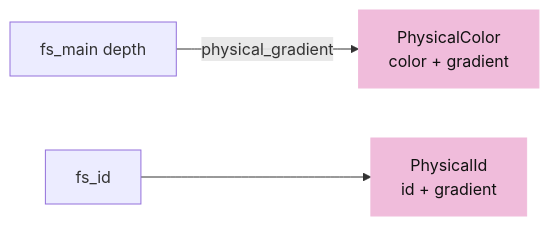
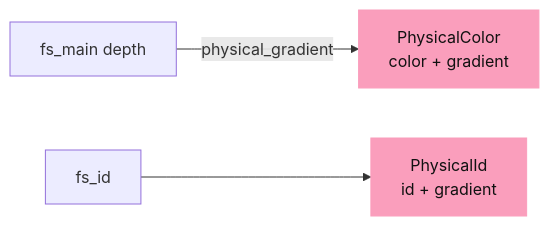
Before and after one commit to petrasvestartas/session: the second of 15 diagrams in session_viewer/docs/05-visibility.md, drawn with Mermaid. The commit also changed other lines of this file and 328 other files, not shown here.

First line of the commit message:
Course: the palette you sent, and mermaid drawn like the drawings

````diff
--- a/session_viewer/docs/05-visibility.md
+++ b/session_viewer/docs/05-visibility.md
@@ -42,7 +42,7 @@
 ```mermaid
 flowchart LR
     A["fs_main depth"] -- "physical_gradient" --> B["PhysicalColor<br/>color + gradient"]
     C["fs_id"] --> E["PhysicalId<br/>id + gradient"]
-    style B fill:#f0bcdb,stroke:#f0bcdb,color:#111
-    style E fill:#f0bcdb,stroke:#f0bcdb,color:#111
+    style B fill:#fa9ebc,stroke:#fa9ebc,color:#111
+    style E fill:#fa9ebc,stroke:#fa9ebc,color:#111
 ```
````
